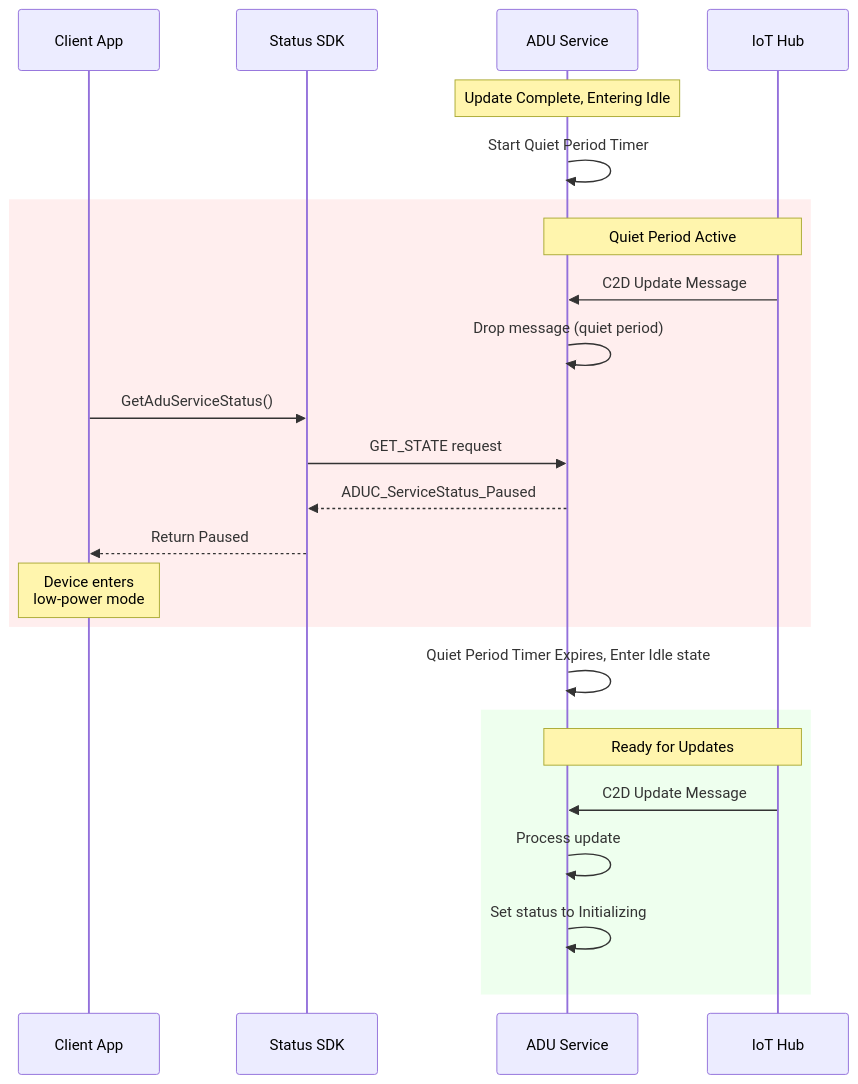
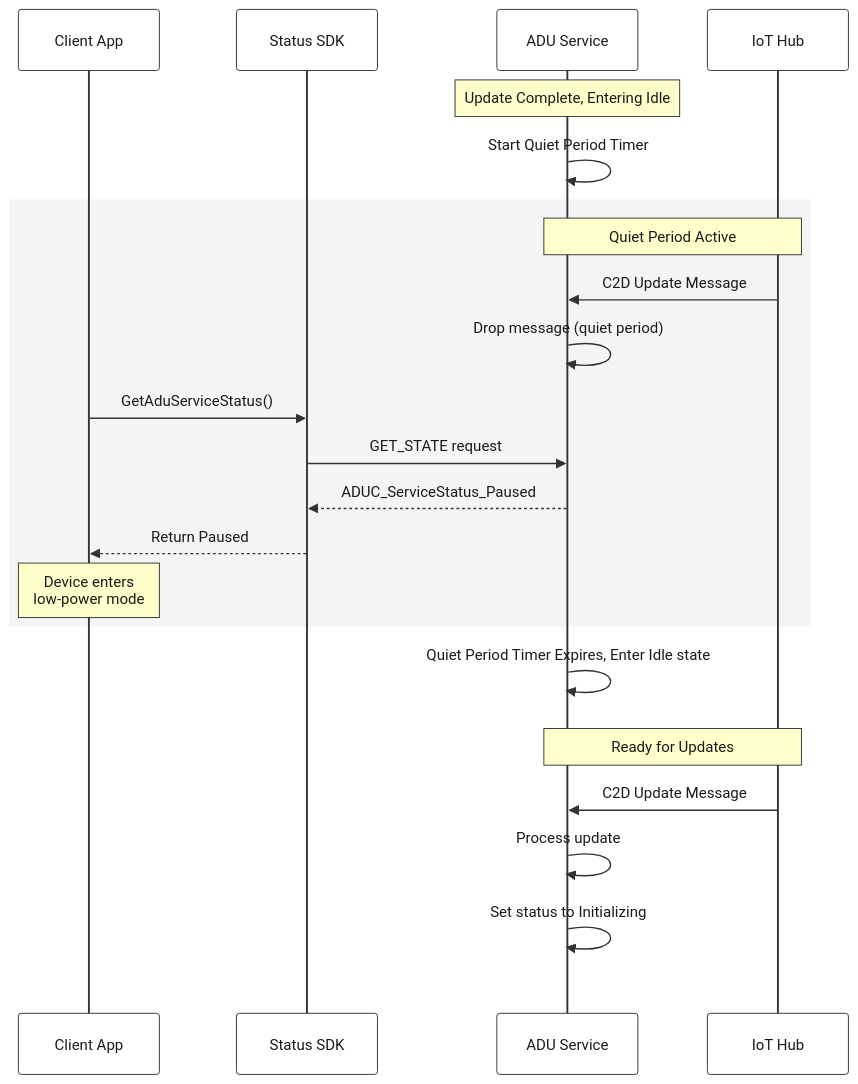
Before and after one commit to Azure/iot-hub-device-update: the second of 4 diagrams in docs/agent-reference/GetAduServiceStatus.md, drawn with Mermaid. The commit also changed other lines of this file and 16 other files, not shown here.

First line of the commit message:
Consolidate agent docs: schema reference, adu-shell README, integration guide

````diff
--- a/docs/agent-reference/GetAduServiceStatus.md
+++ b/docs/agent-reference/GetAduServiceStatus.md
@@ -216,36 +274,55 @@
 ```mermaid
-
+%%{init: {'theme': 'base', 'themeVariables': {
+  'primaryColor': '#ffffff',
+  'primaryTextColor': '#1a1a1a',
+  'primaryBorderColor': '#333333',
+  'lineColor': '#333333',
+  'secondaryColor': '#f5f5f5',
+  'tertiaryColor': '#e8e8e8',
+  'actorBkg': '#ffffff',
+  'actorBorder': '#333333',
+  'actorTextColor': '#1a1a1a',
+  'signalColor': '#333333',
+  'signalTextColor': '#1a1a1a',
+  'noteBkgColor': '#ffffcc',
+  'noteTextColor': '#1a1a1a',
+  'noteBorderColor': '#333333',
+  'activationBkgColor': '#f5f5f5',
+  'activationBorderColor': '#333333',
+  'sequenceNumberColor': '#1a1a1a',
+  'fontFamily': 'monospace',
+  'fontSize': '14px'
+}}}%%
 sequenceDiagram
     participant Client as Client App
     participant SDK as Status SDK
     participant ADU as ADU Service
     participant IoTHub as IoT Hub
 
     Note over ADU: Update Complete, Entering Idle
     ADU->>ADU: Start Quiet Period Timer
 
-    rect rgba(255, 200, 200, 0.3)
+    rect rgb(245, 245, 245)
         Note over ADU,IoTHub: Quiet Period Active
 
         IoTHub->>ADU: C2D Update Message
         ADU->>ADU: Drop message (quiet period)
 
         Client->>SDK: GetAduServiceStatus()
         SDK->>ADU: GET_STATE request
         ADU-->>SDK: ADUC_ServiceStatus_Paused
         SDK-->>Client: Return Paused
 
         Note over Client: Device enters<br/>low-power mode
     end
 
     ADU->>ADU: Quiet Period Timer Expires, Enter Idle state
 
-    rect rgba(200, 255, 200, 0.3)
+    rect rgb(255, 255, 255)
         Note over ADU,IoTHub: Ready for Updates
 
         IoTHub->>ADU: C2D Update Message
         ADU->>ADU: Process update
         ADU->>ADU: Set status to Initializing
     end
-
 ```
````
